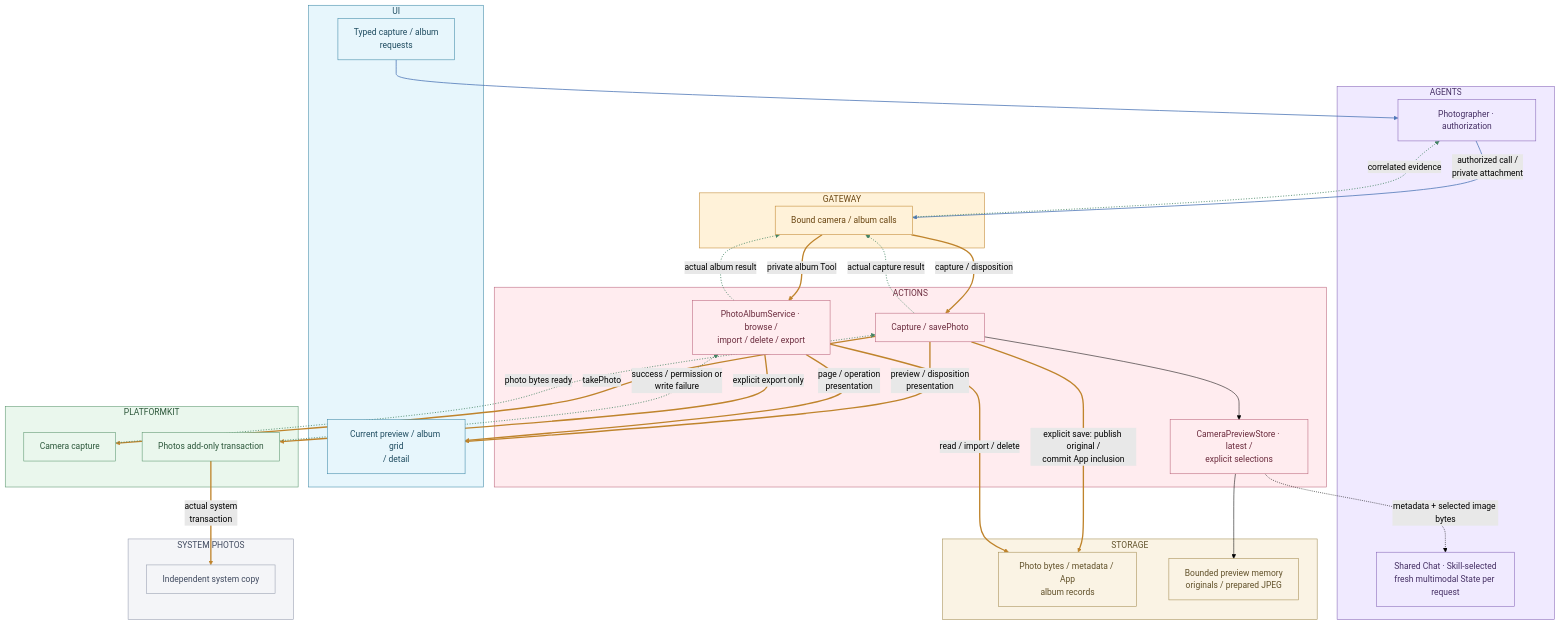
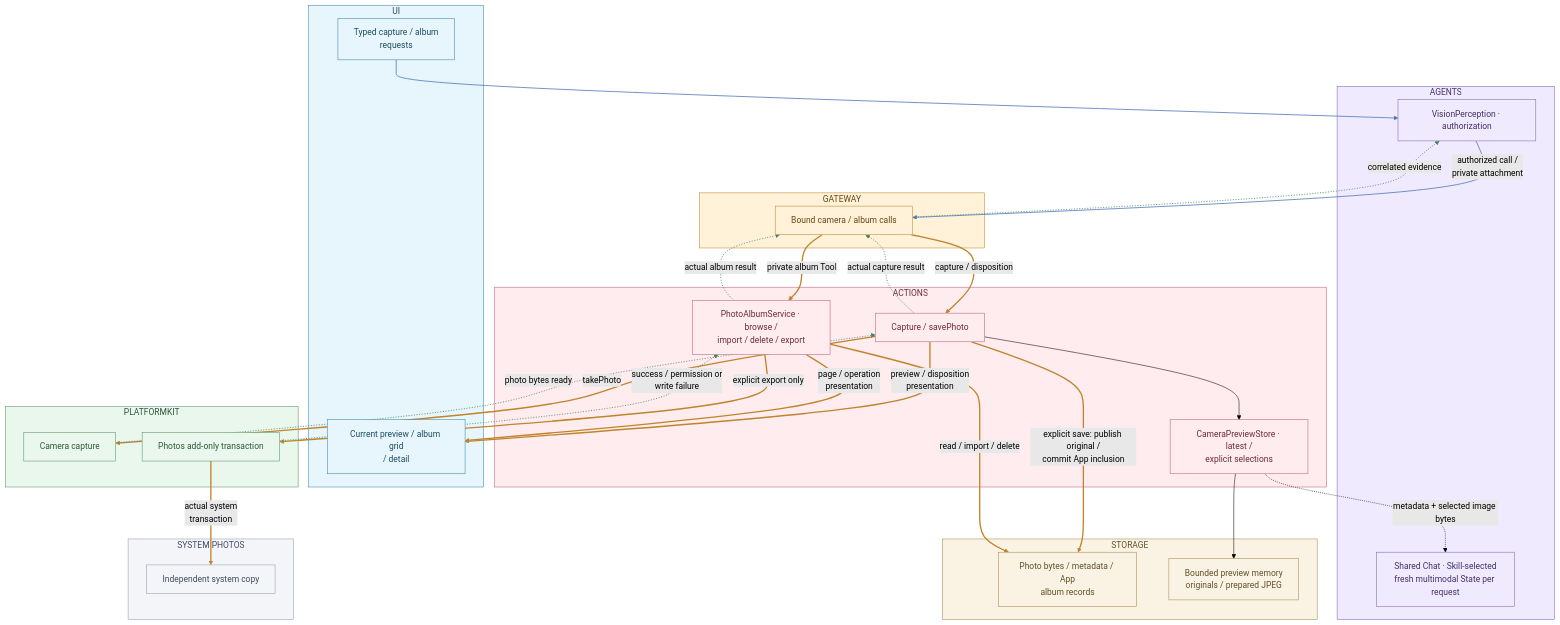
Before and after one commit to devilyouwei/MobileHarness: diagram 22 of 29 in MobileHarness/README.md, drawn with Mermaid (forest theme). The commit also changed other lines of this file and 341 other files, not shown here.

````diff
--- a/MobileHarness/README.md
+++ b/MobileHarness/README.md
@@ -1285,79 +1288,79 @@
 ```mermaid
 flowchart TB
     subgraph Interaction["UI"]
         Request["Typed capture / album<br/>requests"]:::ui
         View["Current preview / album grid<br/>/ detail"]:::ui
     end
     style Interaction fill:#e7f6fc,stroke:#3985a4,color:#1f4c60
     subgraph Cognition["AGENTS"]
-        A["Photographer · authorization"]:::agent
+        A["VisionPerception · authorization"]:::agent
         Context["Shared Chat · Skill-selected<br/>fresh multimodal State per request"]:::agent
     end
     style Cognition fill:#f0eaff,stroke:#8261b5,color:#463065
     subgraph Coordination["GATEWAY"]
         G["Bound camera / album calls"]:::gateway
     end
     style Coordination fill:#fff2d9,stroke:#bf842c,color:#694511
     subgraph Execution["ACTIONS"]
         Camera["Capture / savePhoto"]:::action
         Preview["CameraPreviewStore · latest /<br/>explicit selections"]:::action
         Album["PhotoAlbumService · browse /<br/>import / delete / export"]:::action
     end
     style Execution fill:#ffecef,stroke:#b86178,color:#6b2b3d
     subgraph Native["PLATFORMKIT"]
         Capture["Camera capture"]:::platform
         Export["Photos add-only transaction"]:::platform
     end
     style Native fill:#eaf7ed,stroke:#56936a,color:#2c573a
     subgraph Persistence["STORAGE"]
         Store["Photo bytes / metadata / App<br/>album records"]:::storage
         Cache["Bounded preview memory<br/>originals / prepared JPEG"]:::storage
     end
     style Persistence fill:#faf3e4,stroke:#a18a4e,color:#61512a
     subgraph External["SYSTEM PHOTOS"]
         Copy["Independent system copy"]:::neutral
     end
     style External fill:#f4f5f8,stroke:#939bad,color:#414b60
     Request --> A
     A -->|"authorized call /<br/>private attachment"| G
     G ==>|"capture / disposition"| Camera
     G ==>|"private album Tool"| Album
     Camera ==>|"takePhoto"| Capture
     Capture -.->|"photo bytes ready"| Camera
     Camera ==>|"explicit save: publish original /<br/>commit App inclusion"| Store
     Camera ==>|"preview / disposition<br/>presentation"| View
     Album ==>|"read / import / delete"| Store
     Album ==>|"explicit export only"| Export
     Export ==>|"actual system<br/>transaction"| Copy
     Export -.->|"success / permission or<br/>write failure"| Album
     Album ==>|"page / operation<br/>presentation"| View
     Camera -.->|"actual capture result"| G
     Album -.->|"actual album result"| G
     G -.->|"correlated evidence"| A
     Camera --> Preview
     Preview --> Cache
     Preview -.->|"metadata + selected image bytes"| Context
     classDef action fill:#ffecef,stroke:#b86178,color:#6b2b3d
     classDef agent fill:#f0eaff,stroke:#8261b5,color:#463065
     classDef gateway fill:#fff2d9,stroke:#bf842c,color:#694511
     classDef neutral fill:#f4f5f8,stroke:#939bad,color:#414b60
     classDef platform fill:#eaf7ed,stroke:#56936a,color:#2c573a
     classDef storage fill:#faf3e4,stroke:#a18a4e,color:#61512a
     classDef ui fill:#e7f6fc,stroke:#3985a4,color:#1f4c60
     linkStyle 0 stroke:#5078b8,stroke-width:1.5px
     linkStyle 1 stroke:#5078b8,stroke-width:1.5px
     linkStyle 2 stroke:#bf842c,stroke-width:2.5px
     linkStyle 3 stroke:#bf842c,stroke-width:2.5px
     linkStyle 4 stroke:#bf842c,stroke-width:2.5px
     linkStyle 5 stroke:#438463,stroke-width:1.5px,stroke-dasharray:2 3
     linkStyle 6 stroke:#bf842c,stroke-width:2.5px
     linkStyle 7 stroke:#bf842c,stroke-width:2.5px
     linkStyle 8 stroke:#bf842c,stroke-width:2.5px
     linkStyle 9 stroke:#bf842c,stroke-width:2.5px
     linkStyle 10 stroke:#bf842c,stroke-width:2.5px
     linkStyle 11 stroke:#438463,stroke-width:1.5px,stroke-dasharray:2 3
     linkStyle 12 stroke:#bf842c,stroke-width:2.5px
     linkStyle 13 stroke:#438463,stroke-width:1.5px,stroke-dasharray:2 3
     linkStyle 14 stroke:#438463,stroke-width:1.5px,stroke-dasharray:2 3
     linkStyle 15 stroke:#438463,stroke-width:1.5px,stroke-dasharray:2 3
 ```
````
